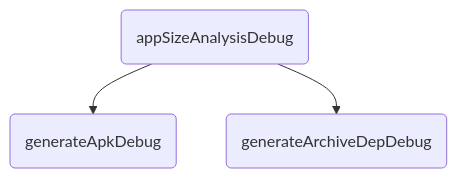
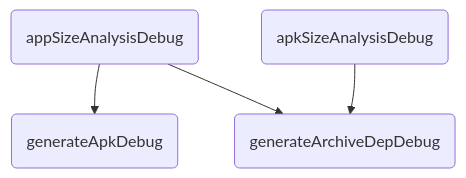
Before and after one commit to grab/app-sizer: the diagram in docs/task_graph.md, drawn with Mermaid. The commit also changed 8 other files, not shown here.

````diff
--- a/docs/task_graph.md
+++ b/docs/task_graph.md
@@ -1,10 +1,12 @@
 ```mermaid
 flowchart TD
   A(generateApkDebug)
   B(generateArchiveDepDebug)
   C(appSizeAnalysisDebug)
+  D(apkSizeAnalysisDebug)
 
 
   C --> A
   C --> B
+  D --> B
 ```
````
